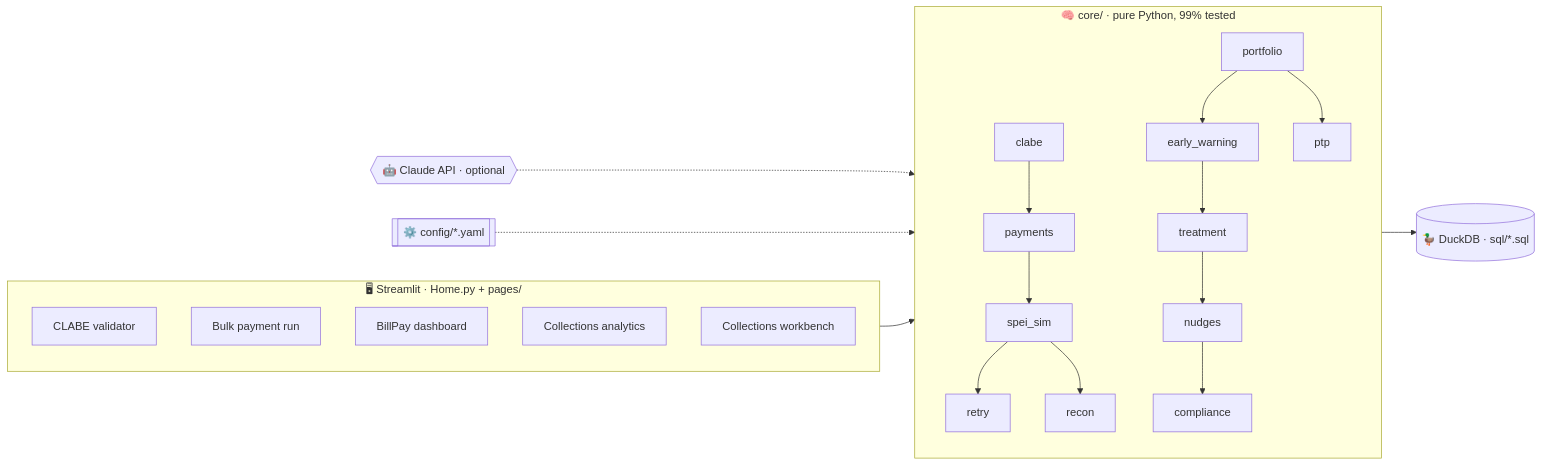
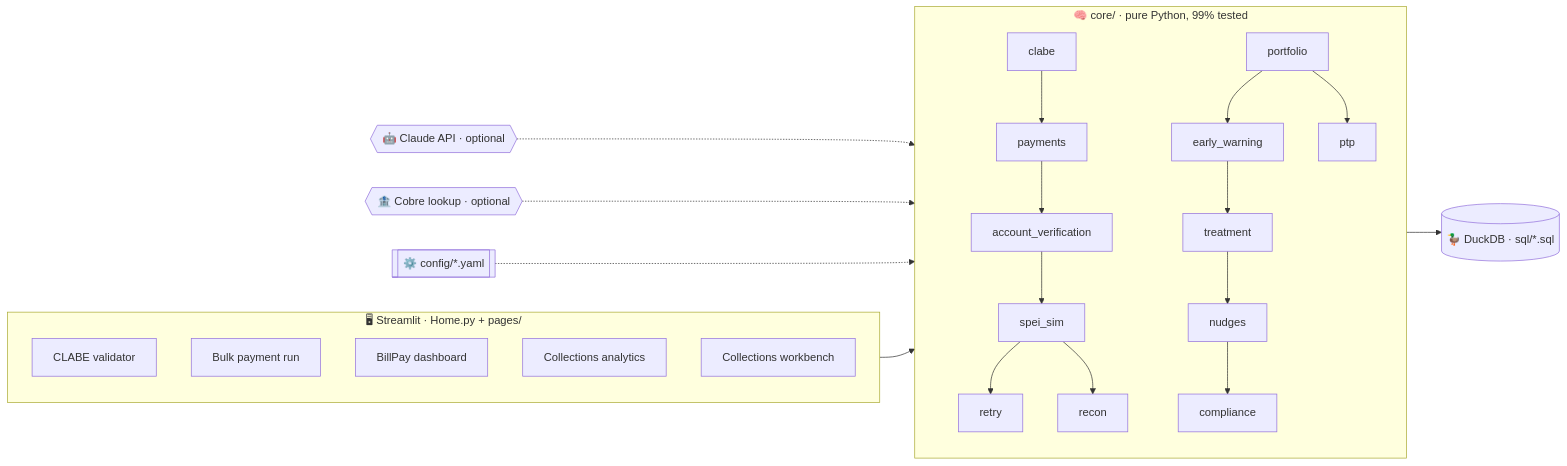
One commit to manuel-lomelin/mx-payments-ops-lab changed the third of 3 diagrams in README.md. Above: the diagram before and after it, drawn with Mermaid. The commit also changed other lines of this file and 6 other files, not shown here.

````diff
--- a/README.md
+++ b/README.md
@@ -190,26 +233,27 @@
 ```mermaid
 flowchart LR
     subgraph UI["🖥 Streamlit · Home.py + pages/"]
         direction TB
         P1[CLABE validator]
         P2[Bulk payment run]
         P3[BillPay dashboard]
         P4[Collections analytics]
         P5[Collections workbench]
     end
 
     subgraph Core["🧠 core/ · pure Python, 99% tested"]
         direction TB
-        CL[clabe] --> PF[payments] --> SIM[spei_sim] --> RT[retry]
+        CL[clabe] --> PF[payments] --> AV[account_verification] --> SIM[spei_sim] --> RT[retry]
         SIM --> RC[recon]
         PG[portfolio] --> EW[early_warning] --> TR[treatment] --> NU[nudges] --> CP[compliance]
         PG --> PTP[ptp]
     end
 
     CFG[[⚙️ config/*.yaml]] -.-> Core
     SQL[(🦆 DuckDB · sql/*.sql)]
     LLM{{🤖 Claude API · optional}} -.-> NU
+    COB{{🏦 Cobre lookup · optional}} -.-> AV
 
     UI --> Core
     Core --> SQL
 ```
````
